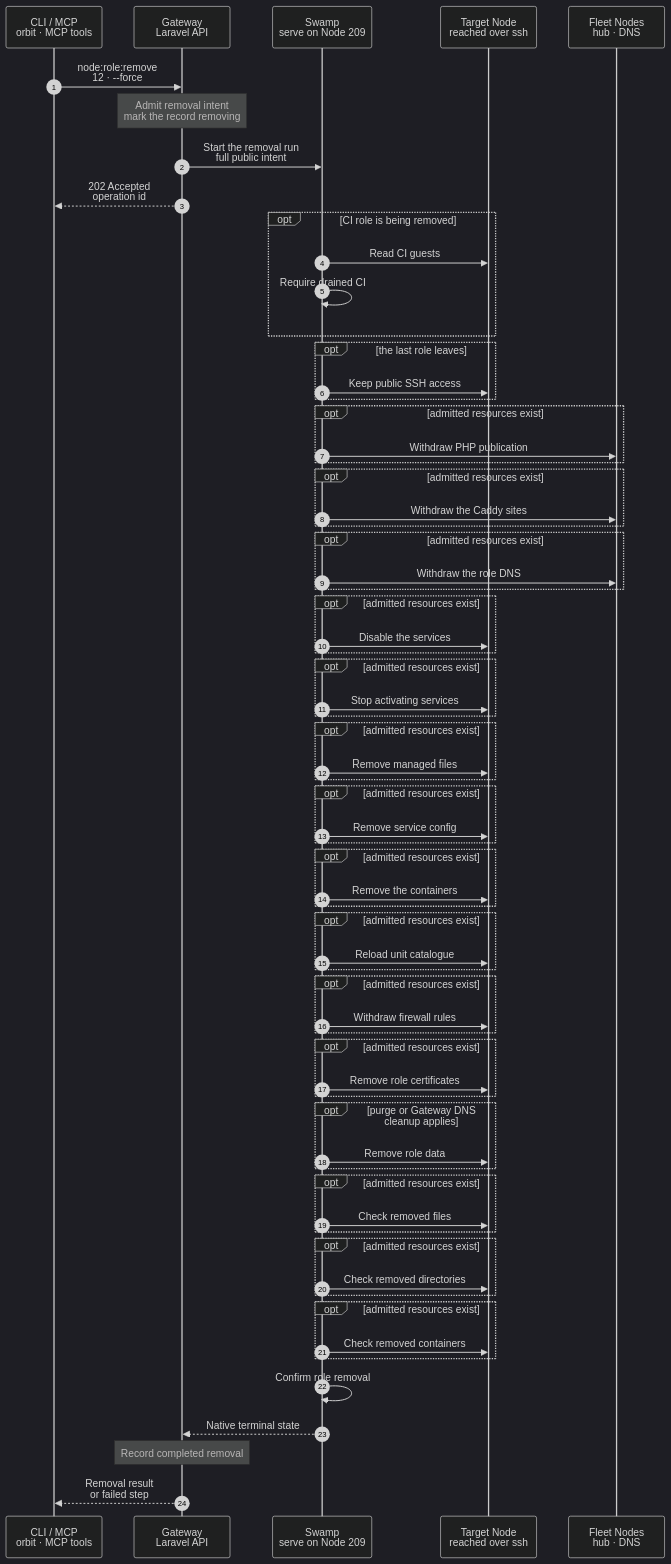
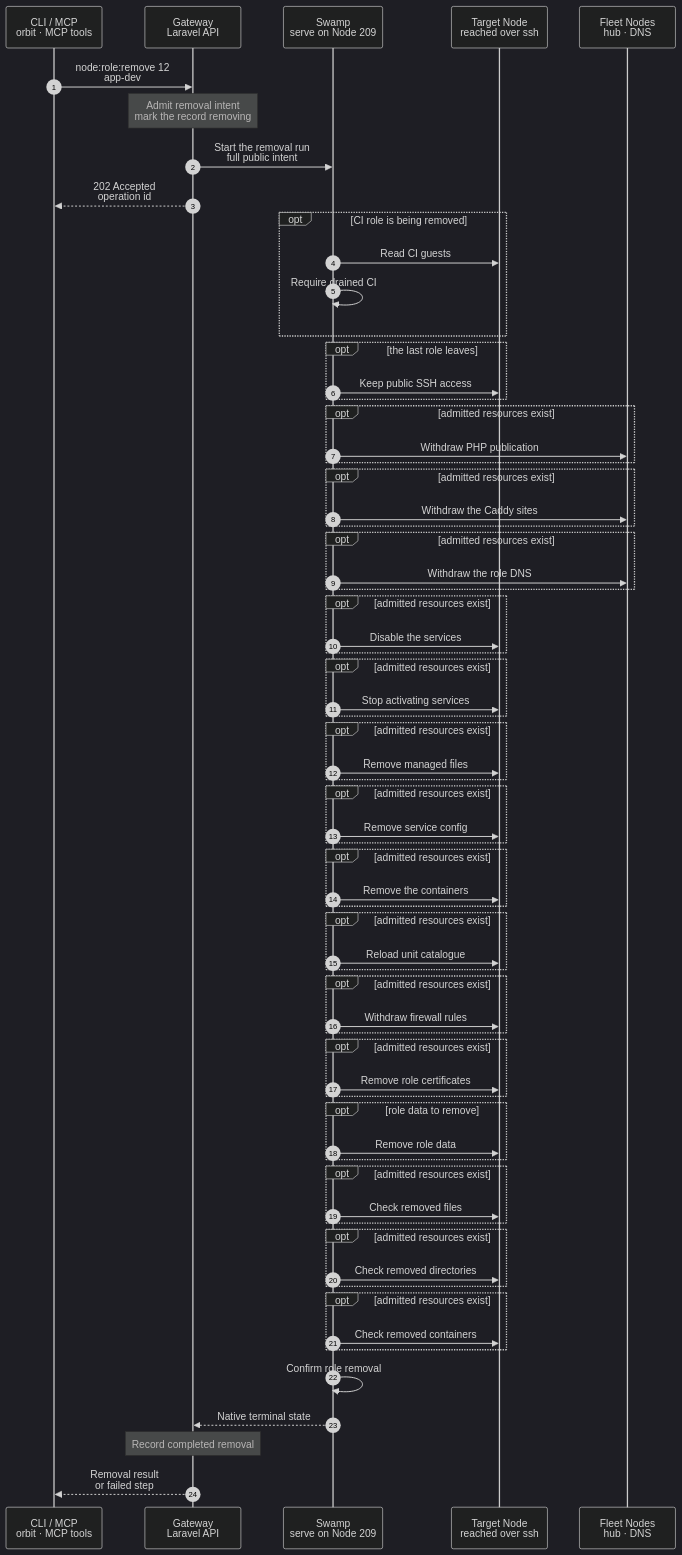
The diagram in docs/cli/node/role-remove.mmd (hardimpactdev/orbit), drawn with Mermaid (dark theme) before and after one commit. The commit also changed 7 other files, not shown here.

First line of the commit message:
docs(cli): draw node charts with a required-only main path

```diff
--- a/docs/cli/node/role-remove.mmd
+++ b/docs/cli/node/role-remove.mmd
@@ -1,93 +1,104 @@
 sequenceDiagram
   %% Rule 22: official cfgmgmt resources and SSH argv; Gateway captures intent and projects native completion.
   %% status: reviewed
   %% command: node:role:remove
   %% kind: node.role_remove
+  %% Rule 23: 2026-11-03 required-only main path.
   autonumber
   %% lane CLI icon=terminal pill=caller tone=gray
   %% lane GW icon=gateway pill=intent tone=blue
   %% lane SW icon=workflow pill=executes tone=green
   %% lane N icon=server pill=target tone=amber
   %% lane P icon=server pill=target tone=purple
   participant CLI as CLI / MCP<br/>orbit · MCP tools
   participant GW as Gateway<br/>Laravel API
   participant SW as Swamp<br/>serve on Node 209
   participant N as Target Node<br/>reached over ssh
   participant P as Fleet Nodes<br/>hub · DNS
-  CLI->>GW: node:role:remove<br/>12 · --force
-  %%> Input: the Node and explicit removal consent. Role removal also takes a role and optional purge consent.
+  CLI->>GW: node:role:remove 12<br/>app-dev
+  %%> Command:
+  %%> - `orbit node:role:remove 12 app-dev`
+  %%> - syntax: `<node> <role> [--force] [--purge-data] [--offline] [--idempotency-key=KEY] [--json]`
+  %%> Input:
+  %%> - the Node, by id or name, and the role
+  %%> Optional flags:
+  %%> - `--purge-data` asks for role-owned data removal; it feeds `opt role data to remove`
+  %%> - `--force` confirms the removal; it is required without a terminal and with `--json`
+  %%> - `--offline` removes the role from a Node Orbit cannot reach; the run skips the steps on that Node
+  %%> - `--idempotency-key=KEY` reuses a key to retry the start
   Note over GW: Admit removal intent<br/>mark the record removing
   %%> Requirements: no attached resources or active role operation; the Gateway, VPN and Swamp guards apply.
   %%> Builds: pinned SSH targets, complete publication changes and exact managed resource paths.
   GW->>SW: Start the removal run<br/>full public intent
   GW-->>CLI: 202 Accepted<br/>operation id
   opt CI role is being removed
     SW->>N: Read CI guests
     SW->>SW: Require drained CI
   end
   opt the last role leaves
     SW->>N: Keep public SSH access
   end
   opt admitted resources exist
     SW->>P: Withdraw PHP publication
   end
   opt admitted resources exist
     SW->>P: Withdraw the Caddy sites
   end
   opt admitted resources exist
     SW->>P: Withdraw the role DNS
   end
   opt admitted resources exist
     SW->>N: Disable the services
     %%> Uses: `@swamp/cfgmgmt/systemd apply`. Each admitted resource has its own stable behavior name.
   end
   opt admitted resources exist
     SW->>N: Stop activating services
     %%> Uses: `@swamp/cfgmgmt/exec apply`. Each admitted resource has its own stable behavior name.
   end
   opt admitted resources exist
     SW->>N: Remove managed files
     %%> Uses: `@swamp/cfgmgmt/file apply`. Each admitted resource has its own stable behavior name.
   end
   opt admitted resources exist
     SW->>N: Remove service config
     %%> Uses: `@swamp/cfgmgmt/directory apply`. Each admitted resource has its own stable behavior name.
   end
   opt admitted resources exist
     SW->>N: Remove the containers
     %%> Uses: `@swamp/cfgmgmt/docker_container apply`. Each admitted resource has its own stable behavior name.
   end
   opt admitted resources exist
     SW->>N: Reload unit catalogue
     %%> Uses: `@swamp/ssh exec`. Each admitted resource has its own stable behavior name.
   end
   opt admitted resources exist
     SW->>N: Withdraw firewall rules
     %%> Uses: `@swamp/ssh exec`. Each admitted resource has its own stable behavior name.
   end
   opt admitted resources exist
     SW->>N: Remove role certificates
     %%> Uses: `@swamp/ssh exec`. Each admitted resource has its own stable behavior name.
   end
-  opt purge or Gateway DNS cleanup applies
+  opt role data to remove
     SW->>N: Remove role data
+    %%> When: the Gateway plans data commands for `--purge-data`, or for a Gateway DNS cleanup when the `gateway` role leaves.
     %%> Uses: guarded official exec; Incus refuses a nonempty project. Delete project, network and ACL in order.
   end
   opt admitted resources exist
     SW->>N: Check removed files
     %%> Uses: `@swamp/cfgmgmt/file check`. Each admitted resource has its own stable behavior name.
   end
   opt admitted resources exist
     SW->>N: Check removed directories
     %%> Uses: `@swamp/cfgmgmt/directory check`. Each admitted resource has its own stable behavior name.
   end
   opt admitted resources exist
     SW->>N: Check removed containers
     %%> Uses: `@swamp/cfgmgmt/docker_container check`. Each admitted resource has its own stable behavior name.
   end
     SW->>SW: Confirm role removal
   SW-->>GW: Native terminal state
   Note over GW: Record completed removal
   %%> Result: remove records only after the native end check succeeds. A failed run keeps failed intent for a rerun; completed effects stay applied.
   %%> On the Node: preserve packages, users, user data and unrelated keys. Retain runtime data unless role removal explicitly requests purge.
   GW-->>CLI: Removal result<br/>or failed step
```
